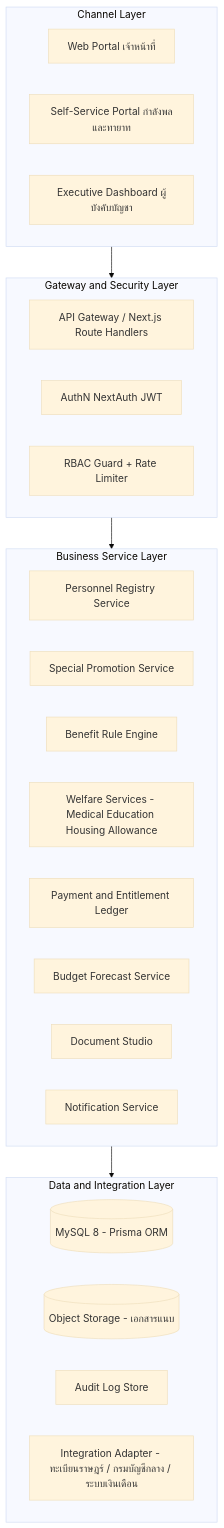
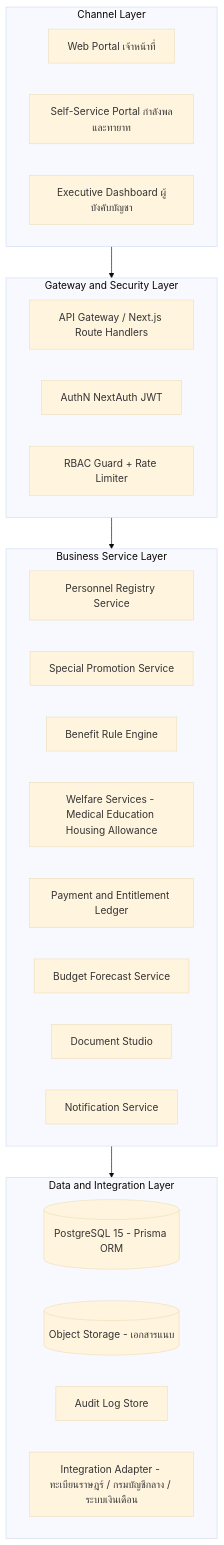
The sixth of 10 diagrams in docs/ENTERPRISE_SYSTEM_DESIGN.md (worari/sittidop-benefit-system), drawn with Mermaid (base theme) before and after one commit. The commit also changed other lines of this file and 33 other files, not shown here.

````diff
--- a/docs/ENTERPRISE_SYSTEM_DESIGN.md
+++ b/docs/ENTERPRISE_SYSTEM_DESIGN.md
@@ -203,30 +203,30 @@
 ```mermaid
 flowchart TB
     subgraph CH[Channel Layer]
         W1[Web Portal เจ้าหน้าที่]
         W2[Self-Service Portal กำลังพลและทายาท]
         W3[Executive Dashboard ผู้บังคับบัญชา]
     end
     subgraph GW[Gateway and Security Layer]
         G1[API Gateway / Next.js Route Handlers]
         G2[AuthN NextAuth JWT]
         G3[RBAC Guard + Rate Limiter]
     end
     subgraph BZ[Business Service Layer]
         M1[Personnel Registry Service]
         M2[Special Promotion Service]
         M3[Benefit Rule Engine]
         M4[Welfare Services - Medical Education Housing Allowance]
         M5[Payment and Entitlement Ledger]
         M6[Budget Forecast Service]
         M7[Document Studio]
         M8[Notification Service]
     end
     subgraph DT[Data and Integration Layer]
-        D1[(MySQL 8 - Prisma ORM)]
+        D1[(PostgreSQL 15 - Prisma ORM)]
         D2[(Object Storage - เอกสารแนบ)]
         D3[Audit Log Store]
         D4[Integration Adapter - ทะเบียนราษฎร์ / กรมบัญชีกลาง / ระบบเงินเดือน]
     end
     CH --> GW --> BZ --> DT
 ```
````
